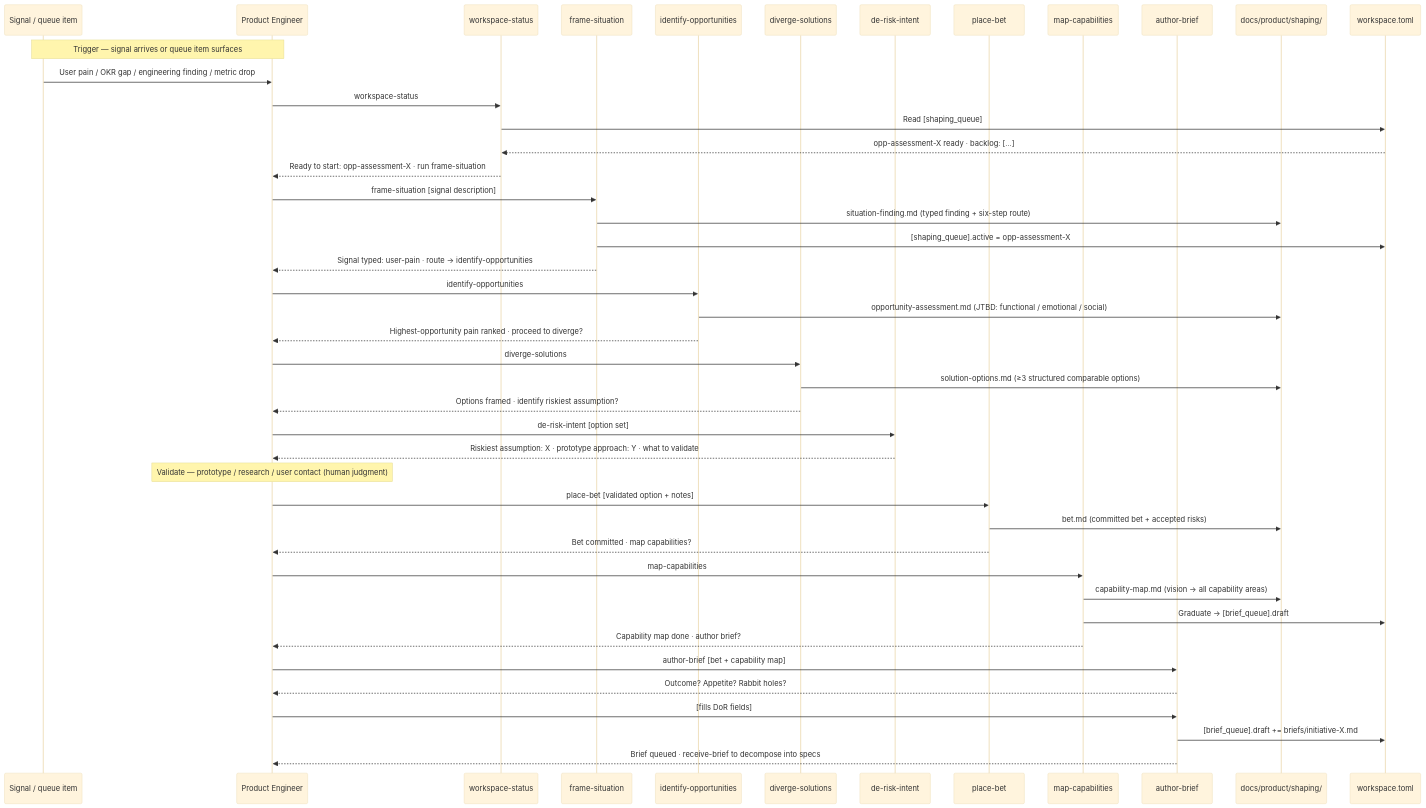
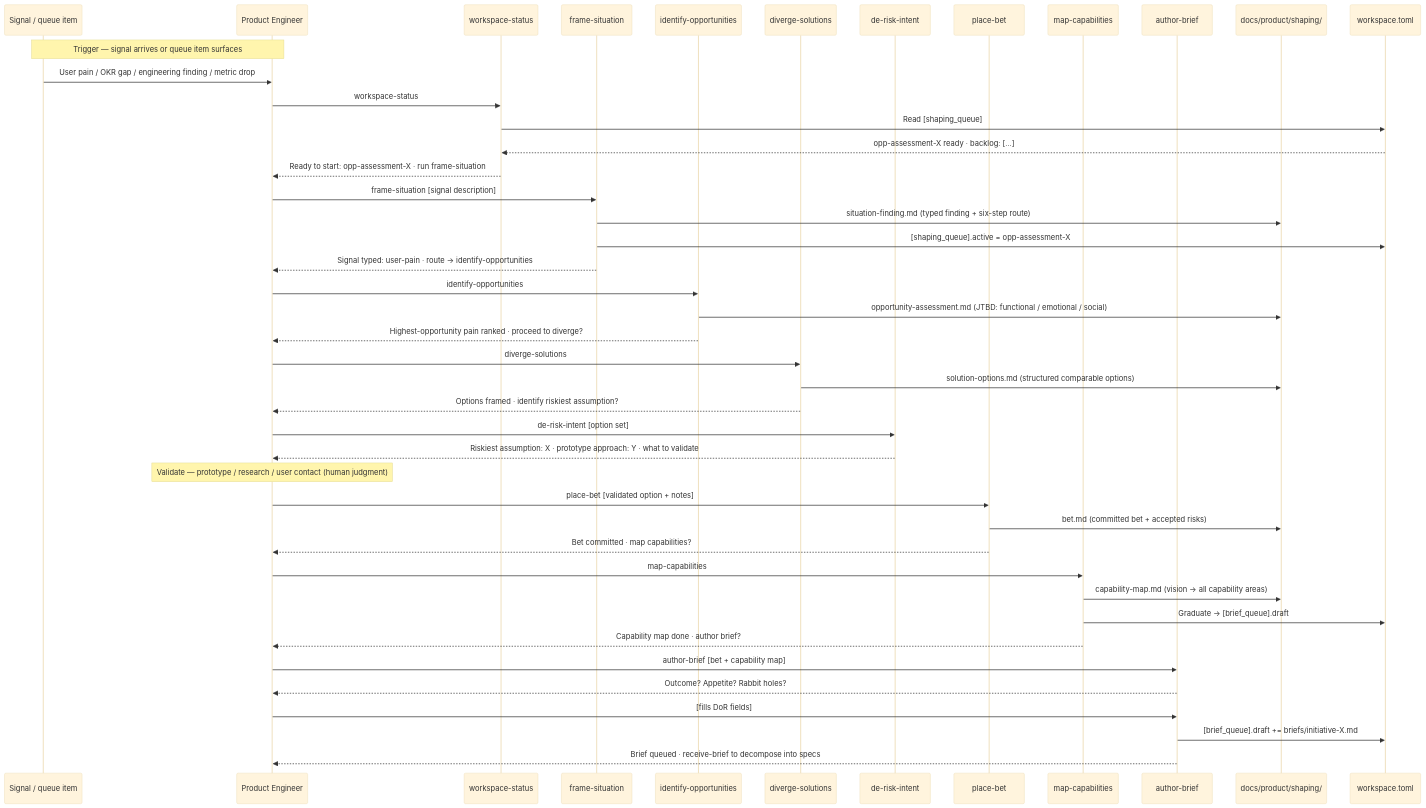
Before and after one commit to eugenelim/agent-ready-repo: the second of 2 diagrams in docs/product/journeys/product-engineer-shapes-initiative.md, drawn with Mermaid (base theme). The commit also changed other lines of this file and 8 other files, not shown here.

````diff
--- a/docs/product/journeys/product-engineer-shapes-initiative.md
+++ b/docs/product/journeys/product-engineer-shapes-initiative.md
@@ -76,55 +76,55 @@
 ```mermaid
 sequenceDiagram
     participant SIG as Signal / queue item
     participant PE as Product Engineer
     participant CW as workspace-status
     participant FS as frame-situation
     participant IO as identify-opportunities
     participant DS as diverge-solutions
     participant DRI as de-risk-intent
     participant PB as place-bet
     participant MC as map-capabilities
     participant AB as author-brief
     participant SA as docs/product/shaping/
     participant WS as workspace.toml
 
     Note over SIG,PE: Trigger — signal arrives or queue item surfaces
     SIG->>PE: User pain / OKR gap / engineering finding / metric drop
     PE->>CW: workspace-status
     CW->>WS: Read [shaping_queue]
     WS-->>CW: opp-assessment-X ready · backlog: [...]
     CW-->>PE: Ready to start: opp-assessment-X · run frame-situation
 
     PE->>FS: frame-situation [signal description]
     FS->>SA: situation-finding.md (typed finding + six-step route)
     FS->>WS: [shaping_queue].active = opp-assessment-X
     FS-->>PE: Signal typed: user-pain · route → identify-opportunities
 
     PE->>IO: identify-opportunities
     IO->>SA: opportunity-assessment.md (JTBD: functional / emotional / social)
     IO-->>PE: Highest-opportunity pain ranked · proceed to diverge?
 
     PE->>DS: diverge-solutions
-    DS->>SA: solution-options.md (≥3 structured comparable options)
+    DS->>SA: solution-options.md (structured comparable options)
     DS-->>PE: Options framed · identify riskiest assumption?
 
     PE->>DRI: de-risk-intent [option set]
     DRI-->>PE: Riskiest assumption: X · prototype approach: Y · what to validate
 
     Note over PE: Validate — prototype / research / user contact (human judgment)
 
     PE->>PB: place-bet [validated option + notes]
     PB->>SA: bet.md (committed bet + accepted risks)
     PB-->>PE: Bet committed · map capabilities?
 
     PE->>MC: map-capabilities
     MC->>SA: capability-map.md (vision → all capability areas)
     MC->>WS: Graduate → [brief_queue].draft
     MC-->>PE: Capability map done · author brief?
 
     PE->>AB: author-brief [bet + capability map]
     AB-->>PE: Outcome? Appetite? Rabbit holes?
     PE->>AB: [fills DoR fields]
     AB->>WS: [brief_queue].draft += briefs/initiative-X.md
     AB-->>PE: Brief queued · receive-brief to decompose into specs
 ```
````
